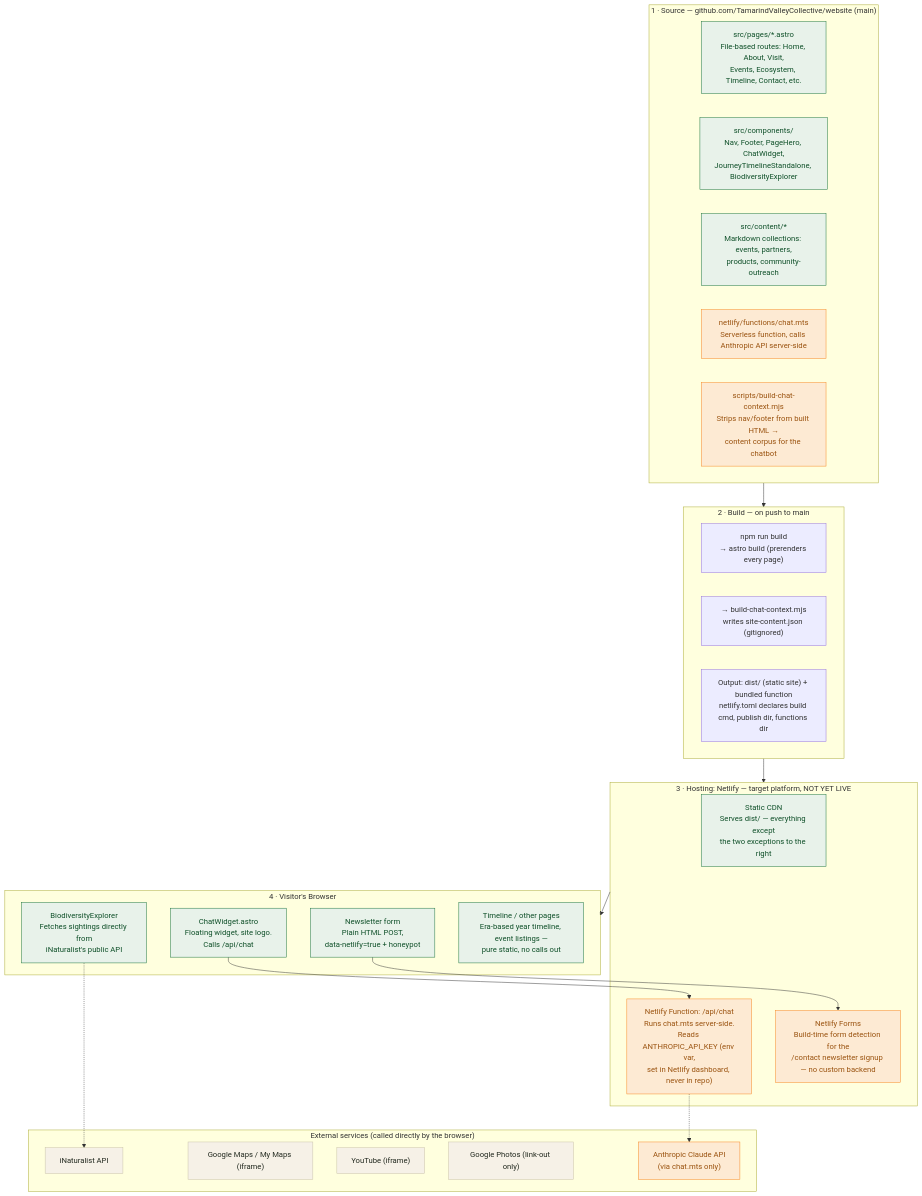
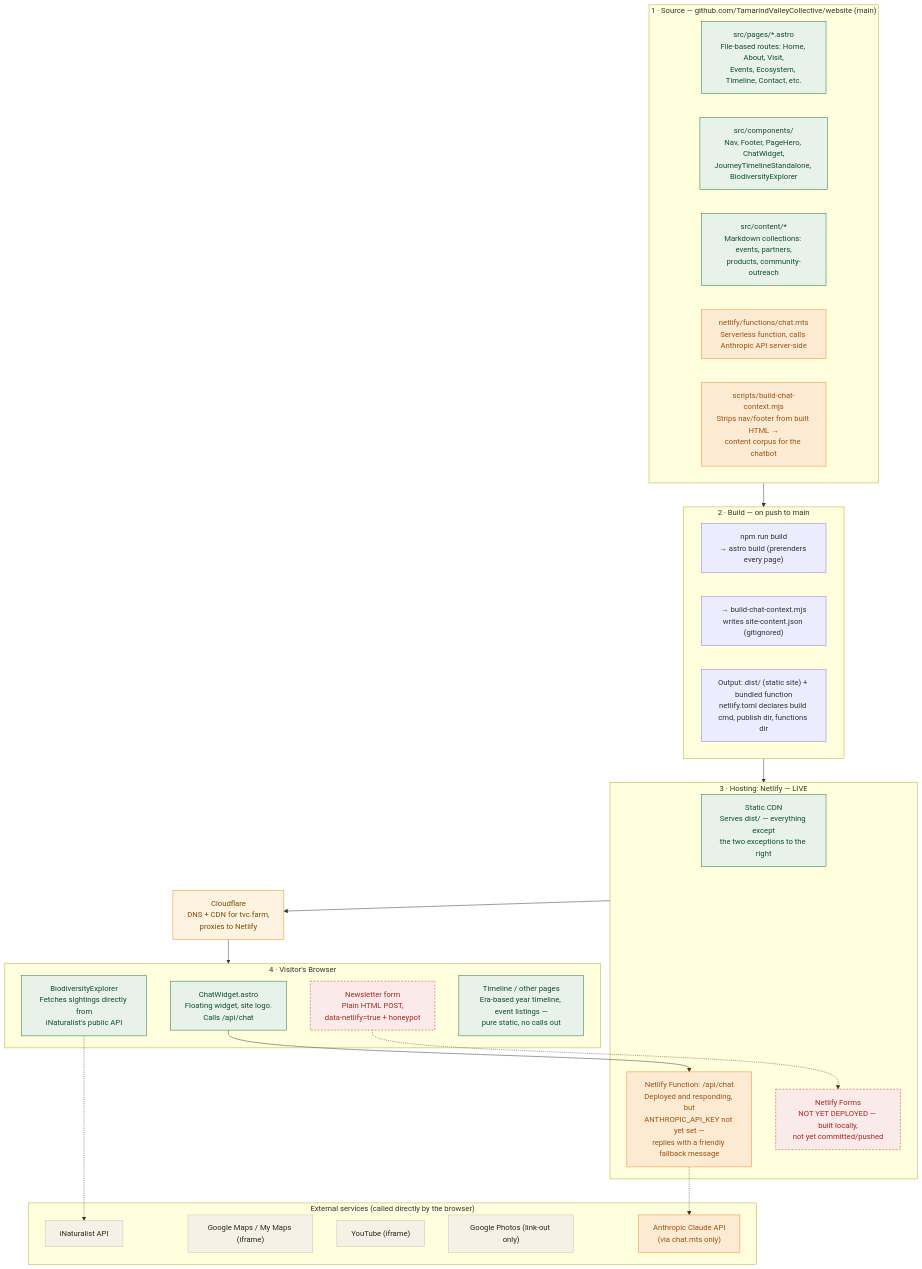
The diagram in ARCHITECTURE.md (TamarindValleyCollective/website), drawn with Mermaid before and after one commit. The commit also changed other lines of this file, not shown here.

First line of the commit message:
Update ARCHITECTURE.md: tvc.farm is now live on this codebase

````diff
--- a/ARCHITECTURE.md
+++ b/ARCHITECTURE.md
@@ -19,53 +19,60 @@
 ```mermaid
 flowchart TD
     subgraph SRC["1 · Source — github.com/TamarindValleyCollective/website (main)"]
         PAGES["src/pages/*.astro<br/>File-based routes: Home, About, Visit,<br/>Events, Ecosystem, Timeline, Contact, etc."]
         COMPONENTS["src/components/<br/>Nav, Footer, PageHero, ChatWidget,<br/>JourneyTimelineStandalone, BiodiversityExplorer"]
         CONTENT["src/content/*<br/>Markdown collections: events, partners,<br/>products, community-outreach"]
         FUNC_SRC["netlify/functions/chat.mts<br/>Serverless function, calls Anthropic API server-side"]
         SCRIPT_SRC["scripts/build-chat-context.mjs<br/>Strips nav/footer from built HTML →<br/>content corpus for the chatbot"]
     end
 
     subgraph BUILD["2 · Build — on push to main"]
         B1["npm run build<br/>→ astro build (prerenders every page)"]
         B2["→ build-chat-context.mjs<br/>writes site-content.json (gitignored)"]
         B3["Output: dist/ (static site) + bundled function<br/>netlify.toml declares build cmd, publish dir, functions dir"]
     end
 
-    subgraph HOST["3 · Hosting: Netlify — target platform, NOT YET LIVE"]
+    subgraph HOST["3 · Hosting: Netlify — LIVE"]
         CDN["Static CDN<br/>Serves dist/ — everything except<br/>the two exceptions to the right"]
-        APIFN["Netlify Function: /api/chat<br/>Runs chat.mts server-side.<br/>Reads ANTHROPIC_API_KEY (env var,<br/>set in Netlify dashboard, never in repo)"]
-        FORMS["Netlify Forms<br/>Build-time form detection for the<br/>/contact newsletter signup — no custom backend"]
+        APIFN["Netlify Function: /api/chat<br/>Deployed and responding, but<br/>ANTHROPIC_API_KEY not yet set —<br/>replies with a friendly fallback message"]
+        FORMS["Netlify Forms<br/>NOT YET DEPLOYED — built locally,<br/>not yet committed/pushed"]
     end
+
+    CF["Cloudflare<br/>DNS + CDN for tvc.farm,<br/>proxies to Netlify"]
 
     subgraph BROWSER["4 · Visitor's Browser"]
         CHATW["ChatWidget.astro<br/>Floating widget, site logo.<br/>Calls /api/chat"]
         NEWS["Newsletter form<br/>Plain HTML POST,<br/>data-netlify=true + honeypot"]
         BIODIV["BiodiversityExplorer<br/>Fetches sightings directly from<br/>iNaturalist's public API"]
         TIMELINE["Timeline / other pages<br/>Era-based year timeline, event listings —<br/>pure static, no calls out"]
     end
 
     subgraph EXTERNAL["External services (called directly by the browser)"]
         INAT["iNaturalist API"]
         GMAPS["Google Maps / My Maps (iframe)"]
         YT["YouTube (iframe)"]
         GPHOTOS["Google Photos (link-out only)"]
         ANTHROPIC["Anthropic Claude API<br/>(via chat.mts only)"]
     end
 
     SRC --> BUILD
     BUILD --> HOST
-    HOST --> BROWSER
+    HOST --> CF
+    CF --> BROWSER
     BIODIV -.-> INAT
     APIFN -.-> ANTHROPIC
     CHATW --> APIFN
-    NEWS --> FORMS
+    NEWS -.-> FORMS
 
     classDef staticStyle fill:#e8f2ea,stroke:#17723b,color:#0f5029
     classDef netlifyStyle fill:#fdead3,stroke:#f78520,color:#9a5310
     classDef externalStyle fill:#f6f1e7,stroke:#c9c2a8,color:#22291f
+    classDef pendingStyle fill:#fbeaea,stroke:#c0392b,color:#a5281c,stroke-dasharray: 4 3
+    classDef cfStyle fill:#fef3e0,stroke:#e8891c,color:#7a4a00
 
-    class PAGES,COMPONENTS,CONTENT,CHATW,NEWS,BIODIV,TIMELINE,CDN staticStyle
-    class FUNC_SRC,SCRIPT_SRC,APIFN,FORMS,ANTHROPIC netlifyStyle
+    class PAGES,COMPONENTS,CONTENT,CHATW,BIODIV,TIMELINE,CDN staticStyle
+    class FUNC_SRC,SCRIPT_SRC,APIFN,ANTHROPIC netlifyStyle
     class INAT,GMAPS,YT,GPHOTOS externalStyle
+    class FORMS,NEWS pendingStyle
+    class CF cfStyle
 ```
````
